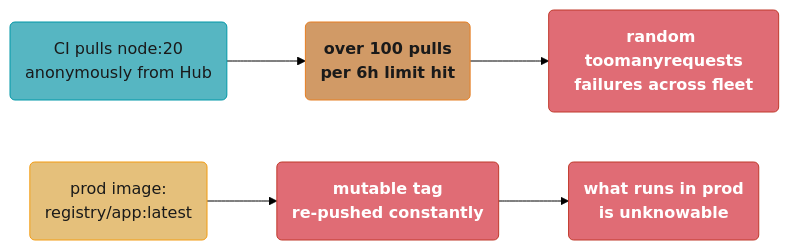
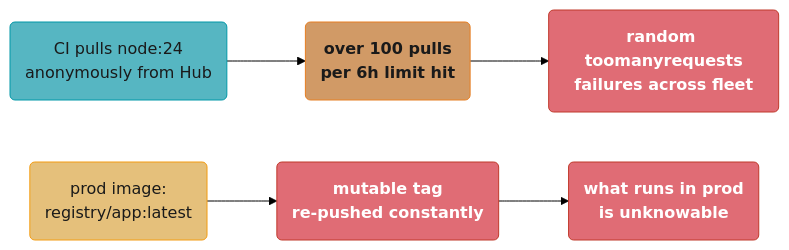
Before and after one commit to rppol/system-design: the fourth of 4 diagrams in src/main/java/com/rutik/systemdesign/devops/artifact_and_registry_management/artifact_and_registry_management.md, drawn with Mermaid (forest theme). The commit also changed other lines of this file and 32 other files, not shown here.

````diff
--- a/src/main/java/com/rutik/systemdesign/devops/artifact_and_registry_management/artifact_and_registry_management.md
+++ b/src/main/java/com/rutik/systemdesign/devops/artifact_and_registry_management/artifact_and_registry_management.md
@@ -359,20 +362,20 @@
 ```mermaid
 flowchart LR
     classDef io      fill:#61afef,stroke:#2e86c1,color:#1a1a1a,font-weight:bold
     classDef frozen  fill:#c678dd,stroke:#9b59b6,color:#fff
     classDef train   fill:#98c379,stroke:#27ae60,color:#1a1a1a
     classDef mathOp  fill:#d19a66,stroke:#e67e22,color:#1a1a1a,font-weight:bold
     classDef lossN   fill:#e06c75,stroke:#c0392b,color:#fff,font-weight:bold
     classDef req     fill:#56b6c2,stroke:#0097a7,color:#1a1a1a
     classDef base    fill:#e5c07b,stroke:#f39c12,color:#1a1a1a
 
-    A(CI pulls node:20<br/>anonymously from Hub) --> B(over 100 pulls<br/>per 6h limit hit)
+    A(CI pulls node:24<br/>anonymously from Hub) --> B(over 100 pulls<br/>per 6h limit hit)
     B --> C(random toomanyrequests<br/>failures across fleet)
     D(prod image:<br/>registry/app:latest) --> E(mutable tag<br/>re-pushed constantly)
     E --> F(what runs in prod<br/>is unknowable)
 
     class A req
     class B mathOp
     class D base
     class C,E,F lossN
 ```
````
